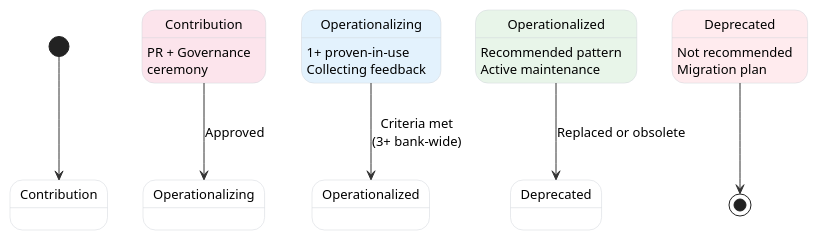
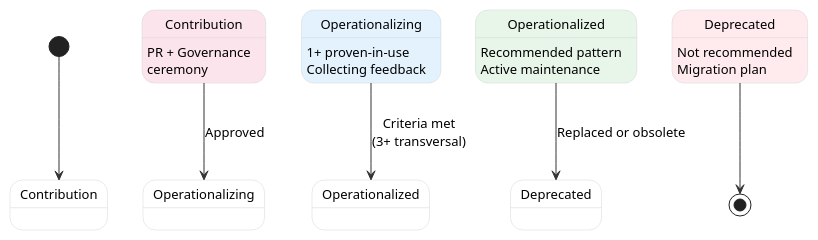
The fifth of 6 diagrams in content/pras/en/overview.adoc (KiyaliHQ/proven-reusable-architecture), drawn with PlantUML before and after one commit. The commit also changed other lines of this file and 98 other files, not shown here.

```diff
--- a/content/pras/en/overview.adoc
+++ b/content/pras/en/overview.adoc
@@ -315,31 +315,31 @@
 [plantuml]
 ----
 @startuml
 skinparam backgroundColor transparent
 skinparam defaultFontSize 13
 skinparam shadowing false
 skinparam ArrowColor #333333
 skinparam state {
   BackgroundColor #ffffff
   BorderColor #d1d5db
 }
 
 [*] --> Contribution
 
 state "Contribution" as s1 #fce4ec : PR + Governance\nceremony
 
 s1 --> Operationalizing : Approved
 
 state "Operationalizing" as s2 #e3f2fd : 1+ proven-in-use\nCollecting feedback
 
-s2 --> Operationalized : Criteria met\n(3+ bank-wide)
+s2 --> Operationalized : Criteria met\n(3+ transversal)
 
 state "Operationalized" as s3 #e8f5e9 : Recommended pattern\nActive maintenance
 
 s3 --> Deprecated : Replaced or obsolete
 
 state "Deprecated" as s4 #ffebee : Not recommended\nMigration plan
 
 s4 --> [*]
 @enduml
 ----
```
